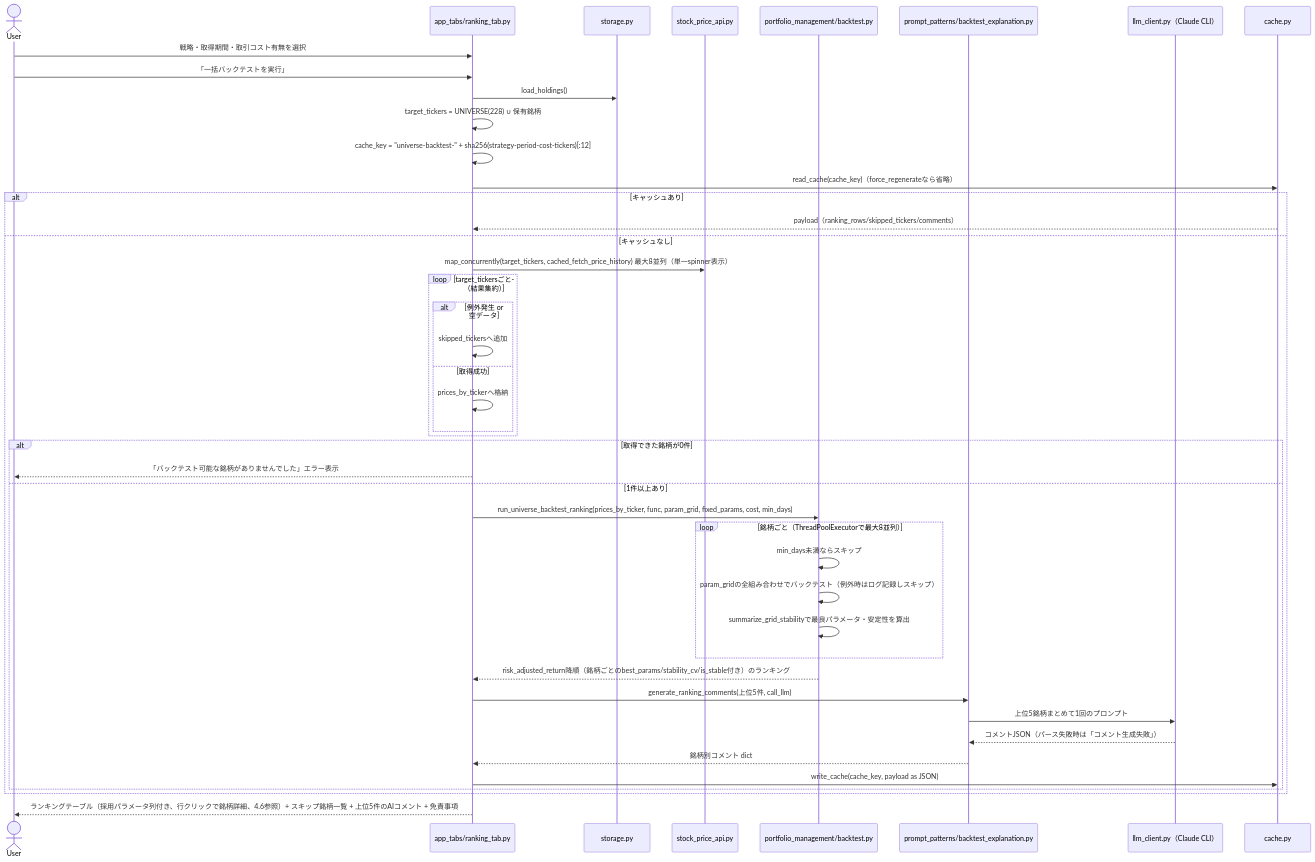
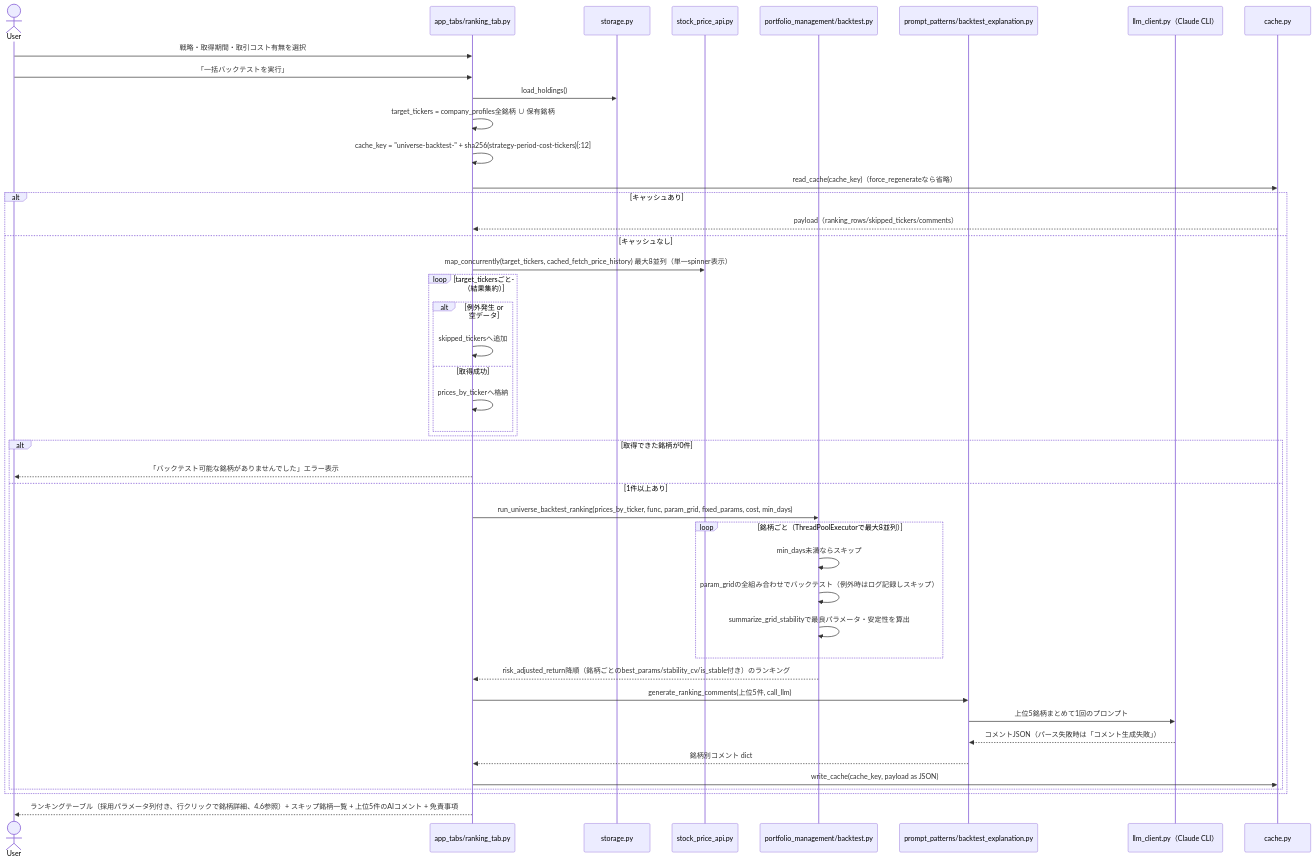
Before and after one commit to duwenji/ai-stock-investing-tutorial: the fifth of 13 diagrams in app/docs/app-design.md, drawn with Mermaid. The commit also changed other lines of this file, not shown here.

````diff
--- a/app/docs/app-design.md
+++ b/app/docs/app-design.md
@@ -544,47 +607,47 @@
 ```mermaid
 sequenceDiagram
     actor User
     participant UI as app_tabs/ranking_tab.py
     participant Storage as storage.py
     participant PriceAPI as stock_price_api.py
     participant Backtest as portfolio_management/backtest.py
     participant BacktestP as prompt_patterns/backtest_explanation.py
     participant LLM as llm_client.py（Claude CLI）
     participant Cache as cache.py
 
     User->>UI: 戦略・取得期間・取引コスト有無を選択
     User->>UI: 「一括バックテストを実行」
     UI->>Storage: load_holdings()
-    UI->>UI: target_tickers = UNIVERSE(228) ∪ 保有銘柄
+    UI->>UI: target_tickers = company_profiles全銘柄 ∪ 保有銘柄
     UI->>UI: cache_key = "universe-backtest-" + sha256(strategy-period-cost-tickers)[:12]
     UI->>Cache: read_cache(cache_key)（force_regenerateなら省略）
     alt キャッシュあり
         Cache-->>UI: payload（ranking_rows/skipped_tickers/comments）
     else キャッシュなし
         UI->>PriceAPI: map_concurrently(target_tickers, cached_fetch_price_history) 最大8並列（単一spinner表示）
         loop target_tickersごと（結果集約）
             alt 例外発生 or 空データ
                 UI->>UI: skipped_tickersへ追加
             else 取得成功
                 UI->>UI: prices_by_tickerへ格納
             end
         end
         alt 取得できた銘柄が0件
             UI-->>User: 「バックテスト可能な銘柄がありませんでした」エラー表示
         else 1件以上あり
             UI->>Backtest: run_universe_backtest_ranking(prices_by_ticker, func, param_grid, fixed_params, cost, min_days)
             loop 銘柄ごと（ThreadPoolExecutorで最大8並列）
                 Backtest->>Backtest: min_days未満ならスキップ
                 Backtest->>Backtest: param_gridの全組み合わせでバックテスト（例外時はログ記録しスキップ）
                 Backtest->>Backtest: summarize_grid_stabilityで最良パラメータ・安定性を算出
             end
             Backtest-->>UI: risk_adjusted_return降順（銘柄ごとのbest_params/stability_cv/is_stable付き）のランキング
             UI->>BacktestP: generate_ranking_comments(上位5件, call_llm)
             BacktestP->>LLM: 上位5銘柄まとめて1回のプロンプト
             LLM-->>BacktestP: コメントJSON（パース失敗時は「コメント生成失敗」）
             BacktestP-->>UI: 銘柄別コメント dict
             UI->>Cache: write_cache(cache_key, payload as JSON)
         end
     end
     UI-->>User: ランキングテーブル（採用パラメータ列付き、行クリックで銘柄詳細、4.6参照）+ スキップ銘柄一覧 + 上位5件のAIコメント + 免責事項
 ```
````
